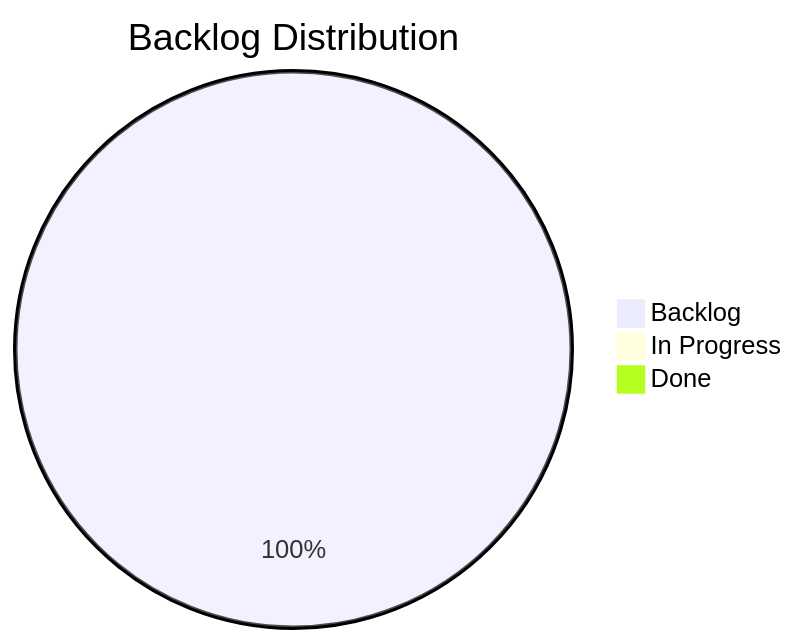
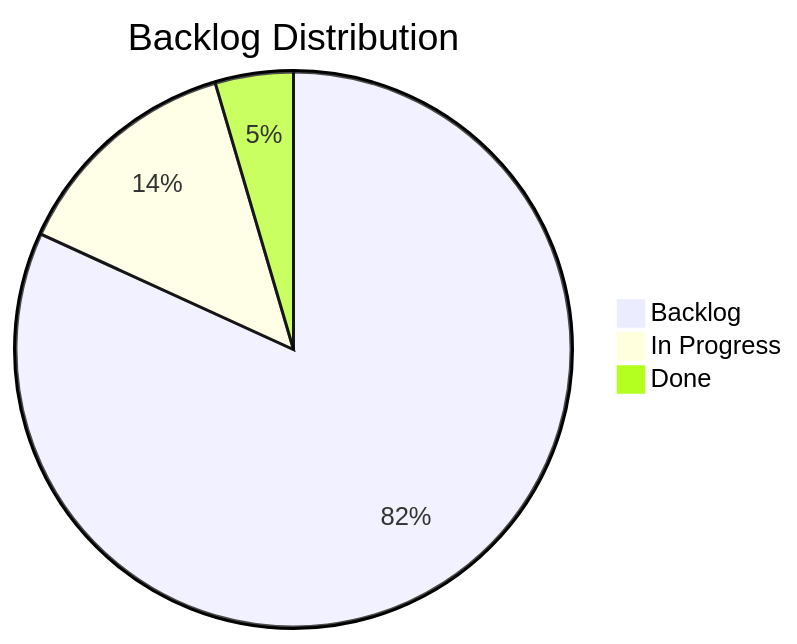
The diagram in docs/board.md (TheCodeCreature/Hytale-Example-Plugin), drawn with Mermaid before and after one commit. The commit also changed other lines of this file and 19 other files, not shown here.

````diff
--- a/docs/board.md
+++ b/docs/board.md
@@ -7,6 +7,6 @@
 ```mermaid
 pie title Backlog Distribution
-    "Backlog" : 22
-    "In Progress" : 0
-    "Done" : 0
+    "Backlog" : 18
+    "In Progress" : 3
+    "Done" : 1
 ```
````
